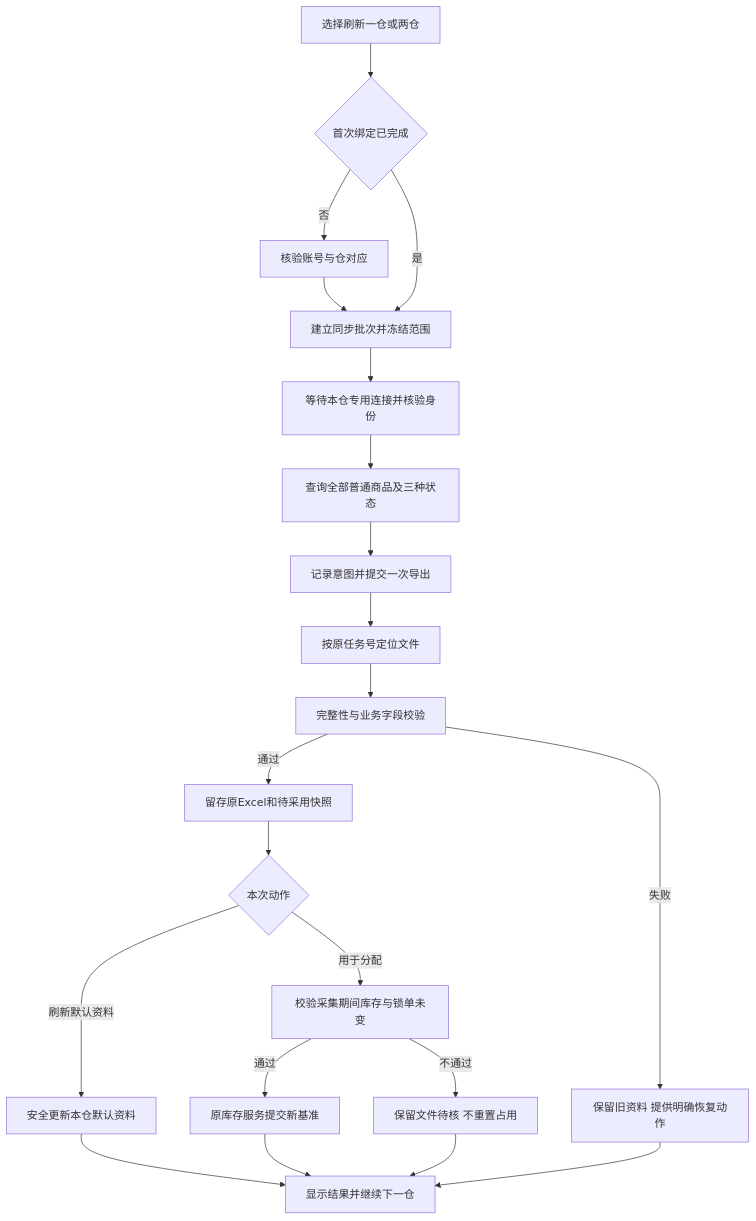
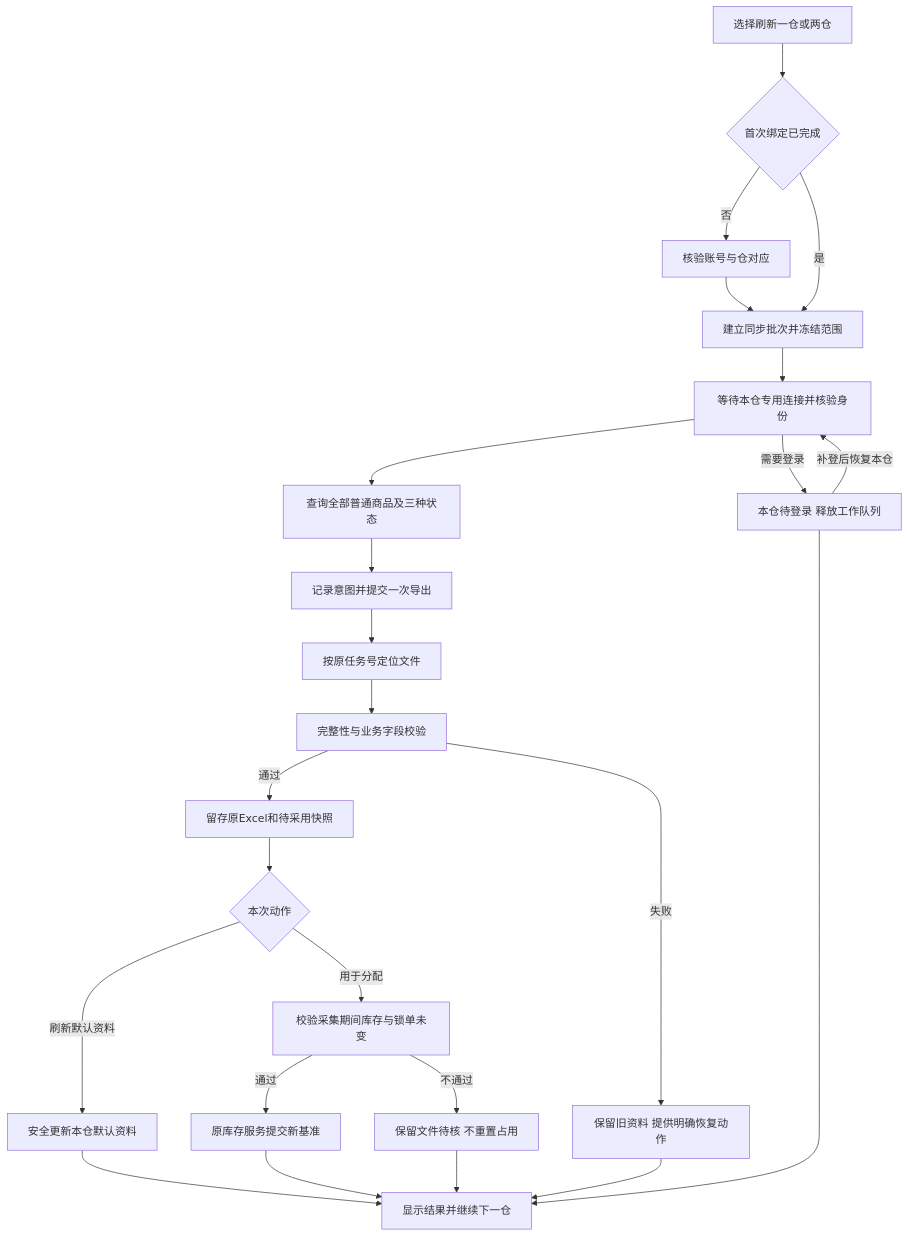
Before and after one commit to SakuraCulture/replenishment-assistant: the diagram in docs/plans/聚水潭商品资料自动同步_产品与实施方案_20261103.md, drawn with Mermaid. The commit also changed other lines of this file and 1 other file, not shown here.

Commit message:
docs: detail two-account catalog flow and login recovery

````diff
--- a/docs/plans/聚水潭商品资料自动同步_产品与实施方案_20261103.md
+++ b/docs/plans/聚水潭商品资料自动同步_产品与实施方案_20261103.md
@@ -106,23 +159,26 @@
 ```mermaid
 flowchart TD
     A[选择刷新一仓或两仓] --> B{首次绑定已完成}
     B -->|否| C[核验账号与仓对应]
     C --> D[建立同步批次并冻结范围]
     B -->|是| D
     D --> E[等待本仓专用连接并核验身份]
     E --> F[查询全部普通商品及三种状态]
+    E -->|需要登录| LOGIN[本仓待登录 释放工作队列]
+    LOGIN --> P
+    LOGIN -->|补登后恢复本仓| E
     F --> G[记录意图并提交一次导出]
     G --> H[按原任务号定位文件]
     H --> I[完整性与业务字段校验]
     I -->|通过| J[留存原Excel和待采用快照]
     J --> K{本次动作}
     K -->|刷新默认资料| L[安全更新本仓默认资料]
     K -->|用于分配| M[校验采集期间库存与锁单未变]
     M -->|通过| N[原库存服务提交新基准]
     M -->|不通过| O[保留文件待核 不重置占用]
     L --> P[显示结果并继续下一仓]
     N --> P
     I -->|失败| Q[保留旧资料 提供明确恢复动作]
     Q --> P
     O --> P
 ```
````
